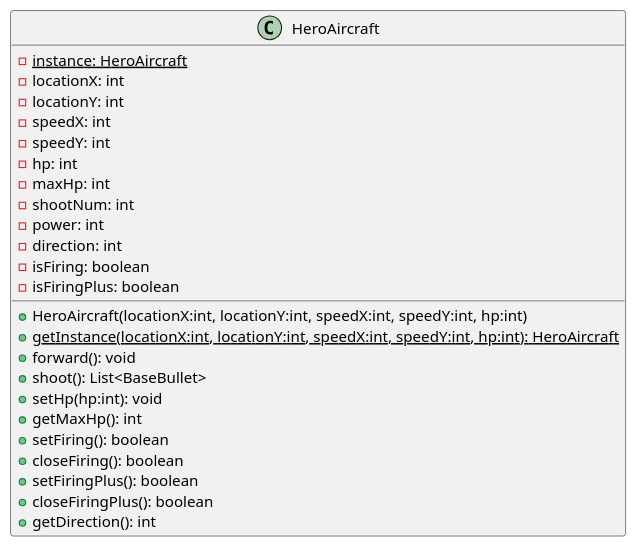
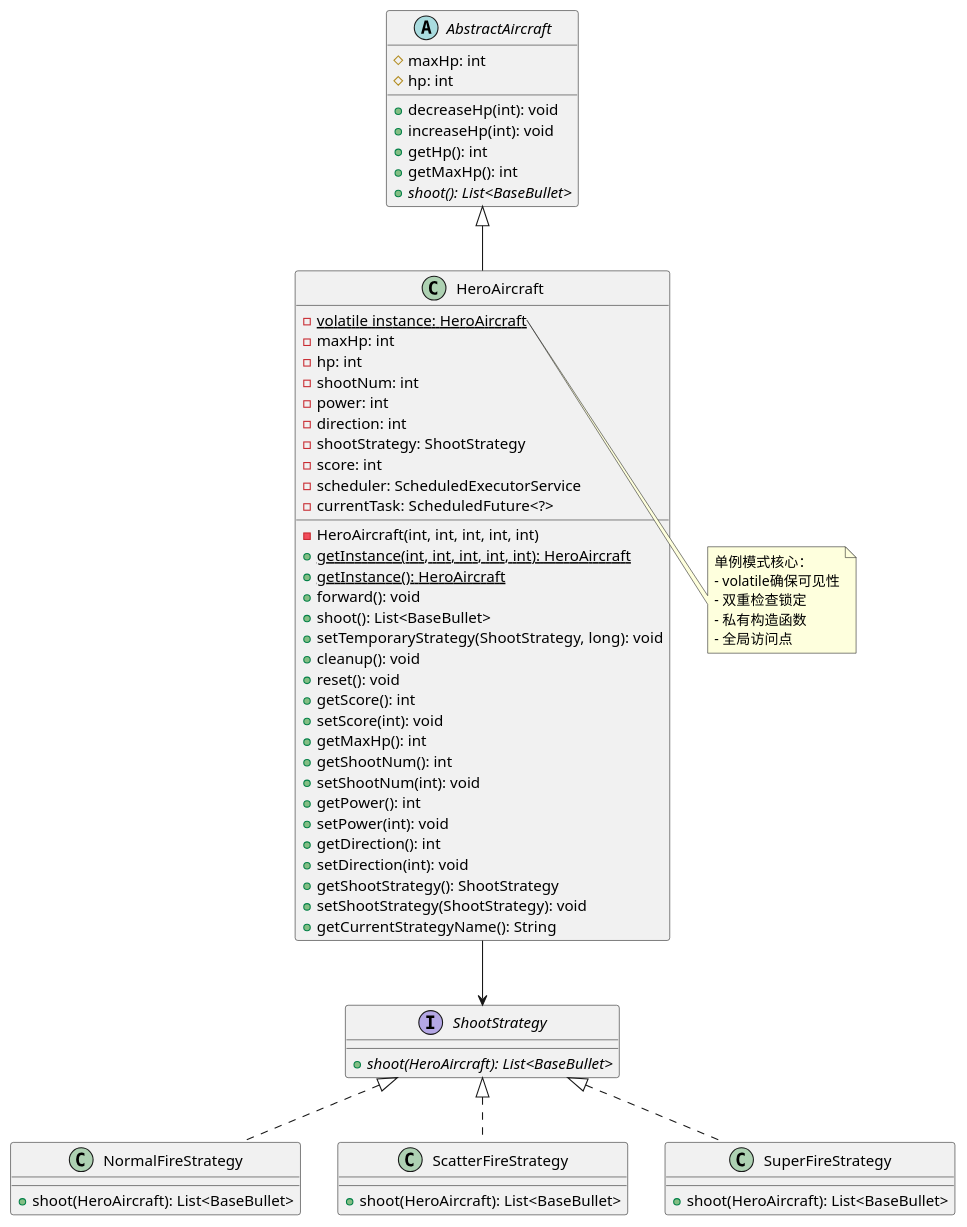
One commit to Zttxxy/aircraftwar2025 changed the diagram in uml/singleton_hero.puml. Above: the diagram before and after it, drawn with PlantUML. The commit also changed 13 other files, not shown here.

```diff
--- a/uml/singleton_hero.puml
+++ b/uml/singleton_hero.puml
@@ -1,31 +1,80 @@
 @startuml
-'https://plantuml.com/class-diagram
 
 class HeroAircraft {
-    - {static} instance: HeroAircraft
-    - locationX: int
-    - locationY: int
-    - speedX: int
-    - speedY: int
-    - hp: int
-    - maxHp: int
-    - shootNum: int
-    - power: int
-    - direction: int
-    - isFiring: boolean
-    - isFiringPlus: boolean
+  - {static} volatile instance: HeroAircraft
+  - maxHp: int
+  - hp: int
+  - shootNum: int
+  - power: int
+  - direction: int
+  - shootStrategy: ShootStrategy
+  - score: int
+  - scheduler: ScheduledExecutorService
+  - currentTask: ScheduledFuture<?>
 
-    + HeroAircraft(locationX:int, locationY:int, speedX:int, speedY:int, hp:int)
-    + {static} getInstance(locationX:int, locationY:int, speedX:int, speedY:int, hp:int): HeroAircraft
-    + forward(): void
-    + shoot(): List<BaseBullet>
-    + setHp(hp:int): void
-    + getMaxHp(): int
-    + setFiring(): boolean
-    + closeFiring(): boolean
-    + setFiringPlus(): boolean
-    + closeFiringPlus(): boolean
-    + getDirection(): int
+  - HeroAircraft(int, int, int, int, int)
+  + {static} getInstance(int, int, int, int, int): HeroAircraft
+  + {static} getInstance(): HeroAircraft
+  + forward(): void
+  + shoot(): List<BaseBullet>
+  + setTemporaryStrategy(ShootStrategy, long): void
+  + cleanup(): void
+  + reset(): void
+  + getScore(): int
+  + setScore(int): void
+  + getMaxHp(): int
+  + getShootNum(): int
+  + setShootNum(int): void
+  + getPower(): int
+  + setPower(int): void
+  + getDirection(): int
+  + setDirection(int): void
+  + getShootStrategy(): ShootStrategy
+  + setShootStrategy(ShootStrategy): void
+  + getCurrentStrategyName(): String
 }
 
+abstract class AbstractAircraft {
+  # maxHp: int
+  # hp: int
+
+  + decreaseHp(int): void
+  + increaseHp(int): void
+  + getHp(): int
+  + getMaxHp(): int
+  + {abstract} shoot(): List<BaseBullet>
+}
+
+AbstractAircraft <|-- HeroAircraft
+
+interface ShootStrategy {
+  + {abstract} shoot(HeroAircraft): List<BaseBullet>
+}
+
+class NormalFireStrategy {
+  + shoot(HeroAircraft): List<BaseBullet>
+}
+
+class ScatterFireStrategy {
+  + shoot(HeroAircraft): List<BaseBullet>
+}
+
+class SuperFireStrategy {
+  + shoot(HeroAircraft): List<BaseBullet>
+}
+
+ShootStrategy <|.. NormalFireStrategy
+ShootStrategy <|.. ScatterFireStrategy
+ShootStrategy <|.. SuperFireStrategy
+
+HeroAircraft --> ShootStrategy
+
+note right of HeroAircraft::instance
+单例模式核心：
+- volatile确保可见性
+- 双重检查锁定
+- 私有构造函数
+- 全局访问点
+end note
+
 @enduml
```
